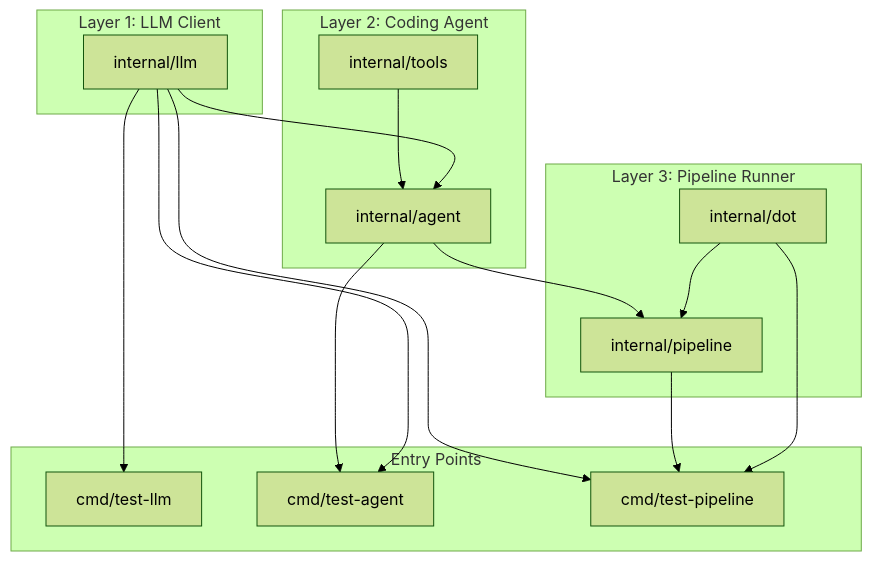
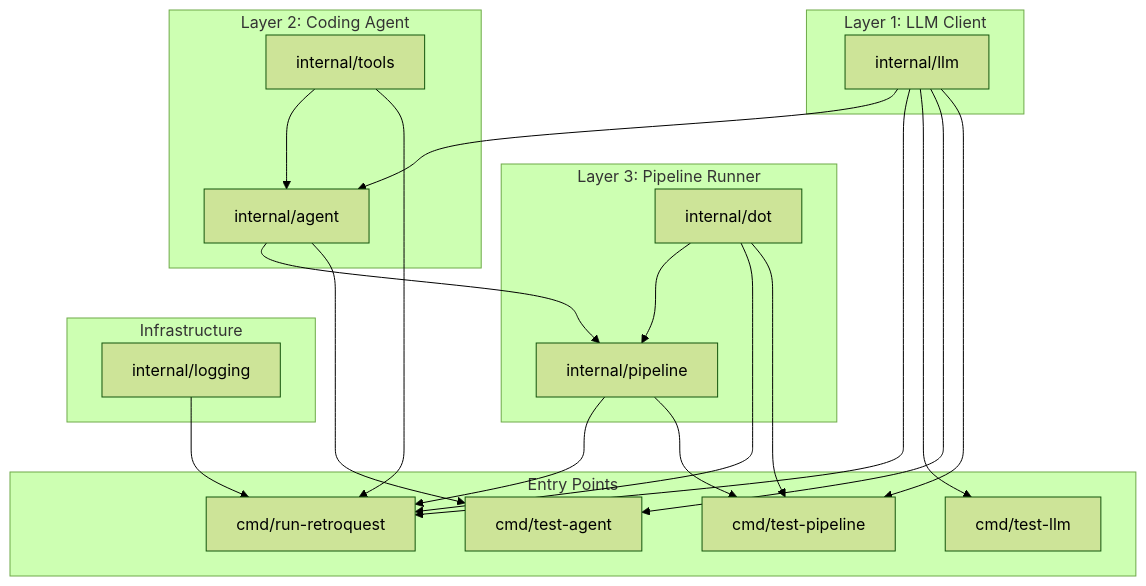
The first of 10 diagrams in docs/architecture.md (campallison/attractor), drawn with Mermaid (forest theme) before and after one commit. The commit also changed other lines of this file and 8 other files, not shown here.

````diff
--- a/docs/architecture.md
+++ b/docs/architecture.md
@@ -11,34 +11,45 @@
 ```mermaid
 graph TB
     subgraph layer3 [Layer 3: Pipeline Runner]
         dotPkg["internal/dot"]
         pipelinePkg["internal/pipeline"]
     end
 
     subgraph layer2 [Layer 2: Coding Agent]
         agentPkg["internal/agent"]
         toolsPkg["internal/tools"]
     end
 
     subgraph layer1 [Layer 1: LLM Client]
         llmPkg["internal/llm"]
     end
 
+    subgraph infra [Infrastructure]
+        loggingPkg["internal/logging"]
+    end
+
     subgraph entrypoints [Entry Points]
+        runRetroquest["cmd/run-retroquest"]
         testLLM["cmd/test-llm"]
         testAgent["cmd/test-agent"]
         testPipeline["cmd/test-pipeline"]
     end
 
     dotPkg --> pipelinePkg
     llmPkg --> agentPkg
     toolsPkg --> agentPkg
     agentPkg --> pipelinePkg
 
+    llmPkg --> runRetroquest
+    pipelinePkg --> runRetroquest
+    dotPkg --> runRetroquest
+    loggingPkg --> runRetroquest
+    toolsPkg --> runRetroquest
+
     llmPkg --> testLLM
     llmPkg --> testAgent
     agentPkg --> testAgent
     dotPkg --> testPipeline
     pipelinePkg --> testPipeline
     llmPkg --> testPipeline
 ```
````
